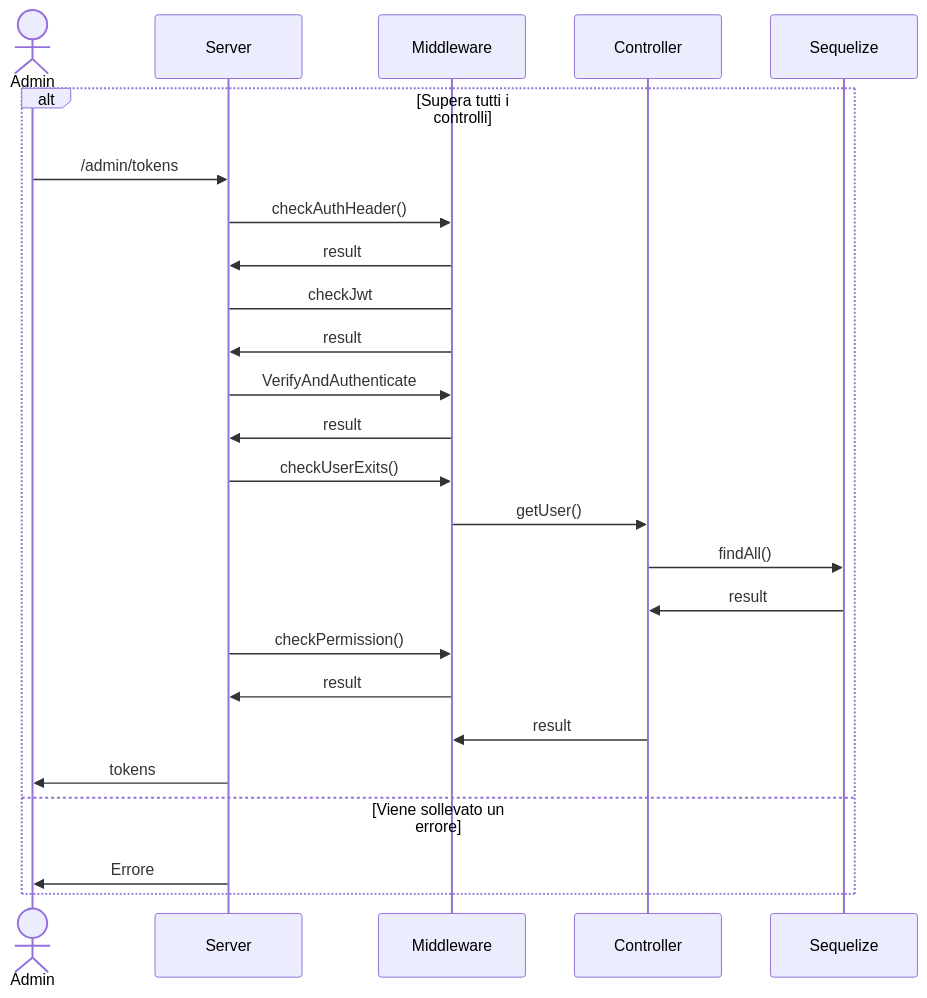
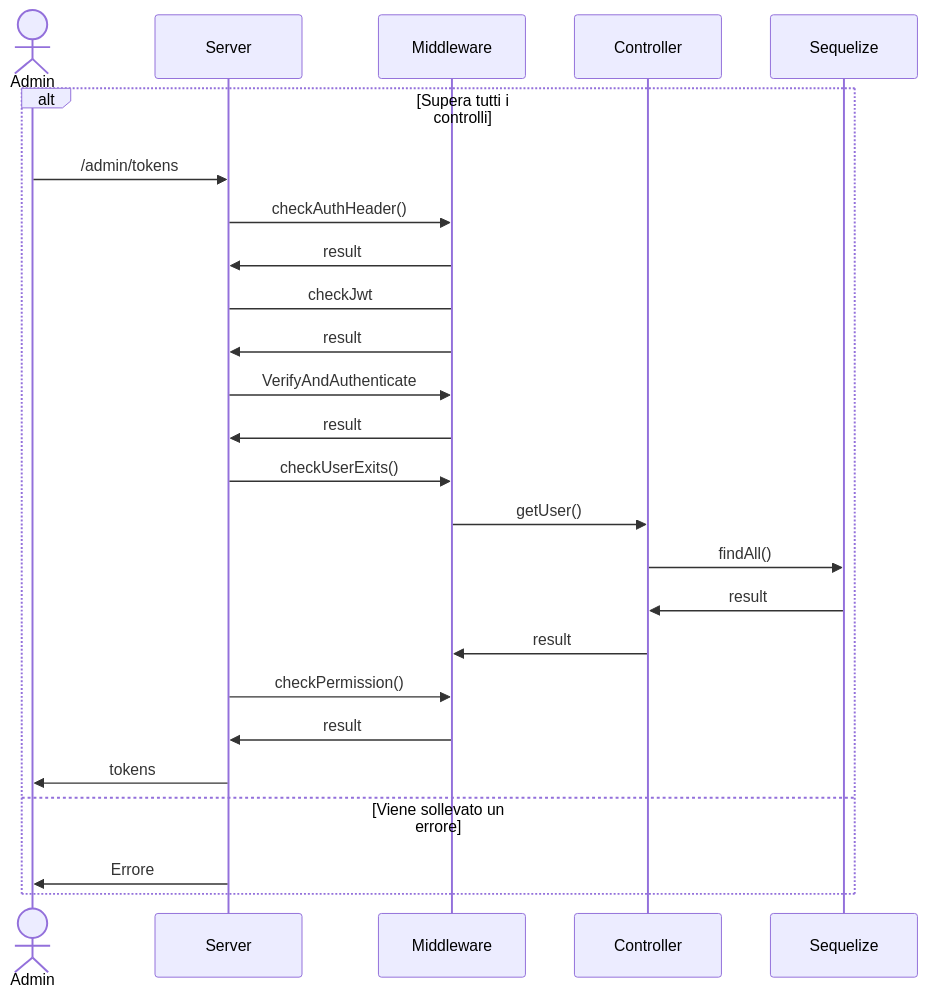
One commit to AgneseBruglia/PA2024 changed the fifth of 7 diagrams in README.md. Above: the diagram before and after it, drawn with Mermaid. The commit also changed other lines of this file, not shown here.

````diff
--- a/README.md
+++ b/README.md
@@ -262,23 +262,23 @@
 ```mermaid
 sequenceDiagram
     alt Supera tutti i controlli
         actor Admin
         Admin->>Server: /admin/tokens
         Server->>Middleware: checkAuthHeader()
         Middleware->>Server: result
         Server->Middleware: checkJwt
         Middleware->>Server: result
         Server->>Middleware: VerifyAndAuthenticate 
         Middleware->>Server: result
         Server->>Middleware: checkUserExits()
         Middleware->>Controller: getUser()
         Controller->>Sequelize: findAll()
         Sequelize->>Controller: result
+        Controller->>Middleware: result
         Server->>Middleware: checkPermission()
         Middleware->>Server: result 
-        Controller->>Middleware: result
         Server->>Admin: tokens
     else Viene sollevato un errore
         Server->>Admin: Errore
     end
 ```
````
